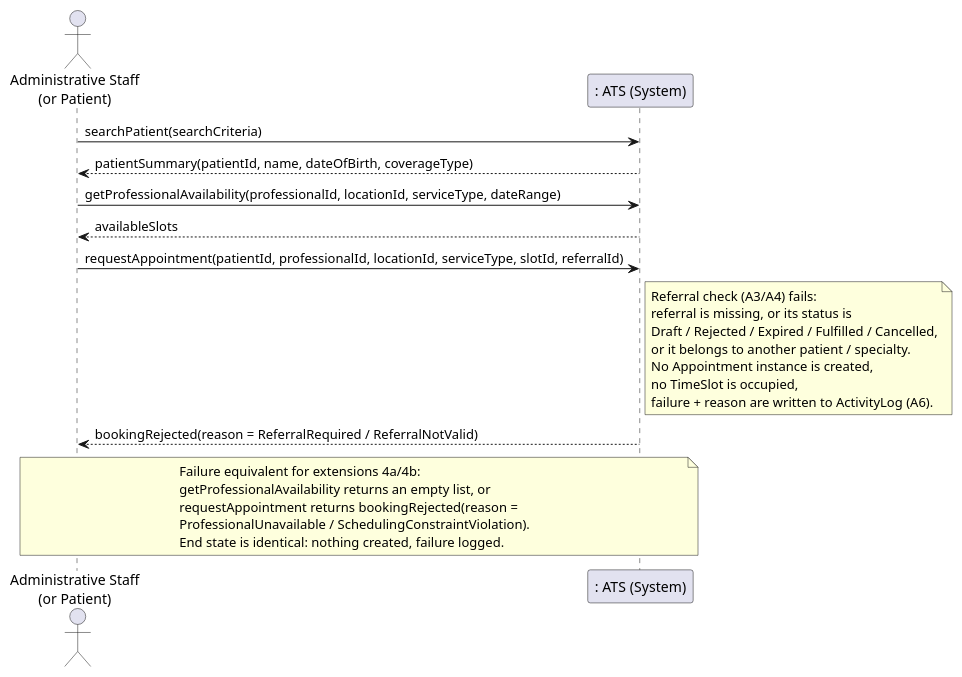
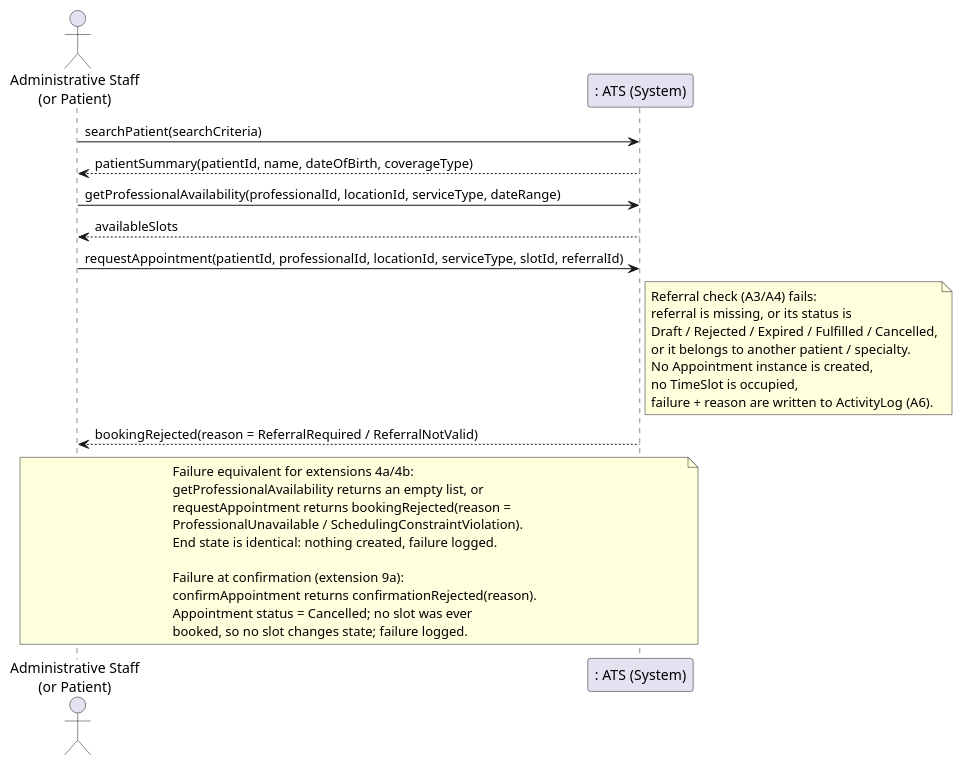
Before and after one commit to ArhamAkram/SOEN342-project: the second of 2 diagrams in reference-drafts/iteration-1/03-uc02-book-appointment.md, drawn with PlantUML. The commit also changed other lines of this file, not shown here.

First line of the commit message:
Enhance appointment booking failure scenarios

````diff
--- a/reference-drafts/iteration-1/03-uc02-book-appointment.md
+++ b/reference-drafts/iteration-1/03-uc02-book-appointment.md
@@ -158,32 +182,37 @@
 ```plantuml
 @startuml
 actor "Administrative Staff\n(or Patient)" as Actor
 participant ": ATS (System)" as System
 
 Actor -> System : searchPatient(searchCriteria)
 System --> Actor : patientSummary(patientId, name, dateOfBirth, coverageType)
 
 Actor -> System : getProfessionalAvailability(professionalId, locationId, serviceType, dateRange)
 System --> Actor : availableSlots
 
 Actor -> System : requestAppointment(patientId, professionalId, locationId, serviceType, slotId, referralId)
 note right of System
   Referral check (A3/A4) fails:
   referral is missing, or its status is
   Draft / Rejected / Expired / Fulfilled / Cancelled,
   or it belongs to another patient / specialty.
   No Appointment instance is created,
   no TimeSlot is occupied,
   failure + reason are written to ActivityLog (A6).
 end note
 System --> Actor : bookingRejected(reason = ReferralRequired / ReferralNotValid)
 
 note over Actor, System
   Failure equivalent for extensions 4a/4b:
   getProfessionalAvailability returns an empty list, or
   requestAppointment returns bookingRejected(reason =
   ProfessionalUnavailable / SchedulingConstraintViolation).
   End state is identical: nothing created, failure logged.
+
+  Failure at confirmation (extension 9a):
+  confirmAppointment returns confirmationRejected(reason).
+  Appointment status = Cancelled; no slot was ever
+  booked, so no slot changes state; failure logged.
 end note
 @enduml
 ```
````
